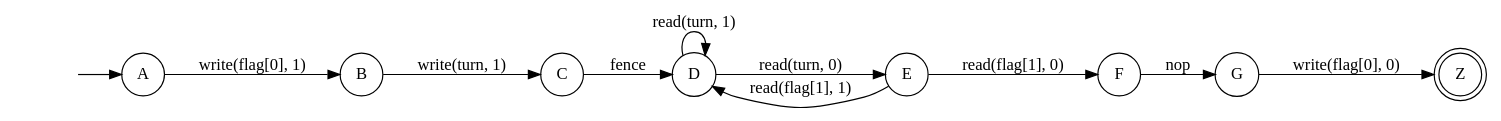
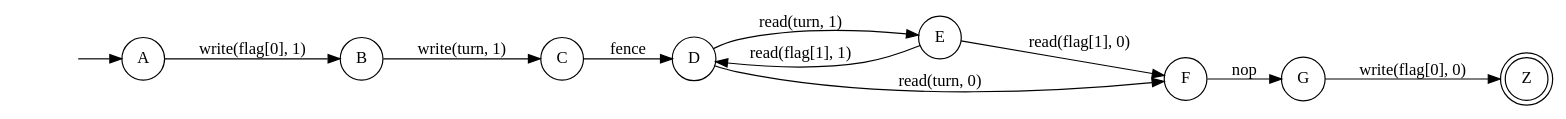
Before and after one commit to dzufferey/dzufferey.github.io: the first of 2 diagrams in concurrency_theory_2019/exercises/bonus_solutions_2.md, drawn with Graphviz.

Commit message:
fixing automaton

````diff
--- a/concurrency_theory_2019/exercises/bonus_solutions_2.md
+++ b/concurrency_theory_2019/exercises/bonus_solutions_2.md
@@ -77,18 +77,18 @@
   ```graphviz
   digraph finite_state_machine {
       rankdir=LR;
       node [shape = circle];
       init [shape = none, label = ""];
       Z [shape = doublecircle];
       init -> A;
       A -> B [ label = "write(flag[0], 1)" ];
       B -> C [ label = "write(turn, 1)" ];
       C -> D [ label = "fence" ];
-      D -> D [ label = "read(turn, 1)" ];
-      D -> E [ label = "read(turn, 0)" ];
+      D -> E [ label = "read(turn, 1)" ];
+      D -> F [ label = "read(turn, 0)" ];
       E -> D [ label = "read(flag[1], 1)" ];
       E -> F [ label = "read(flag[1], 0)" ];
       F -> G [ label = "nop" ];
       G -> Z [ label = "write(flag[0], 0)" ];
   }
   ```
````
